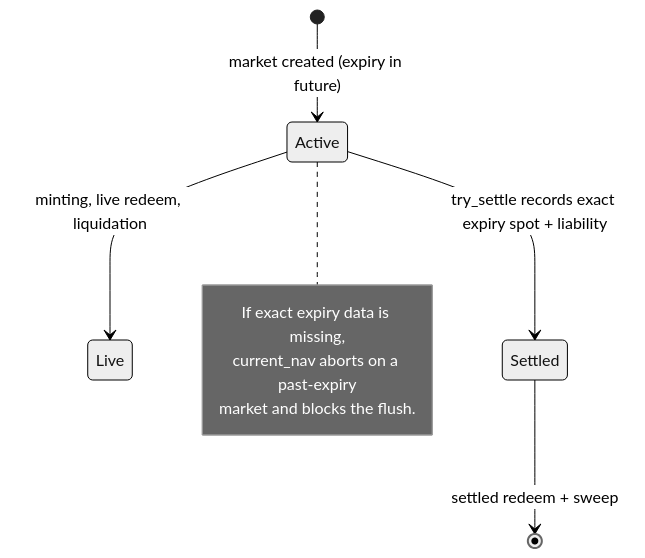
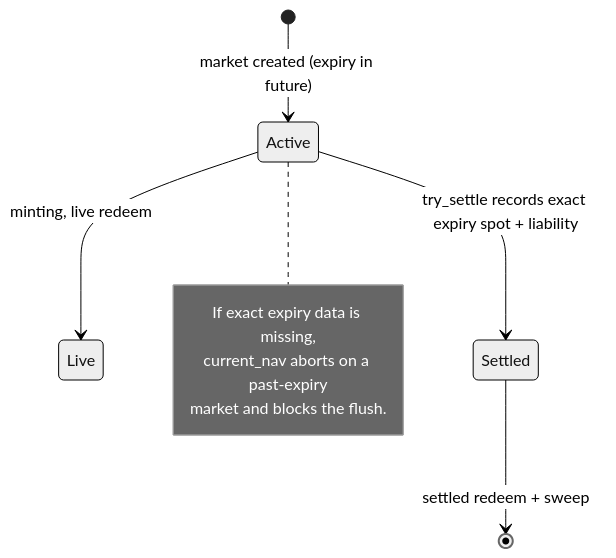
Before and after one commit to MystenLabs/deepbookv3: the diagram in packages/predict/docs/risks.md, drawn with Mermaid (neutral theme). The commit also changed other lines of this file and 84 other files, not shown here.

````diff
--- a/packages/predict/docs/risks.md
+++ b/packages/predict/docs/risks.md
@@ -60,12 +59,12 @@
 ```mermaid
 stateDiagram-v2
     [*] --> Active: market created (expiry in future)
-    Active --> Live: minting, live redeem, liquidation
+    Active --> Live: minting, live redeem
     Active --> Settled: try_settle records exact expiry spot + liability
     Settled --> [*]: settled redeem + sweep
     note right of Active
       If exact expiry data is missing,
       current_nav aborts on a past-expiry
       market and blocks the flush.
     end note
 ```
````
